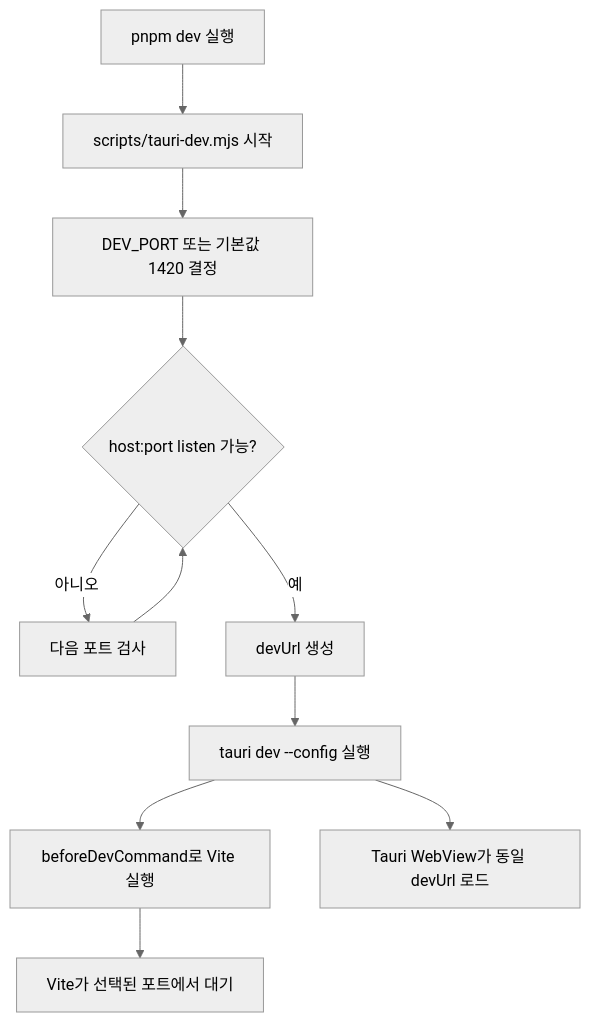
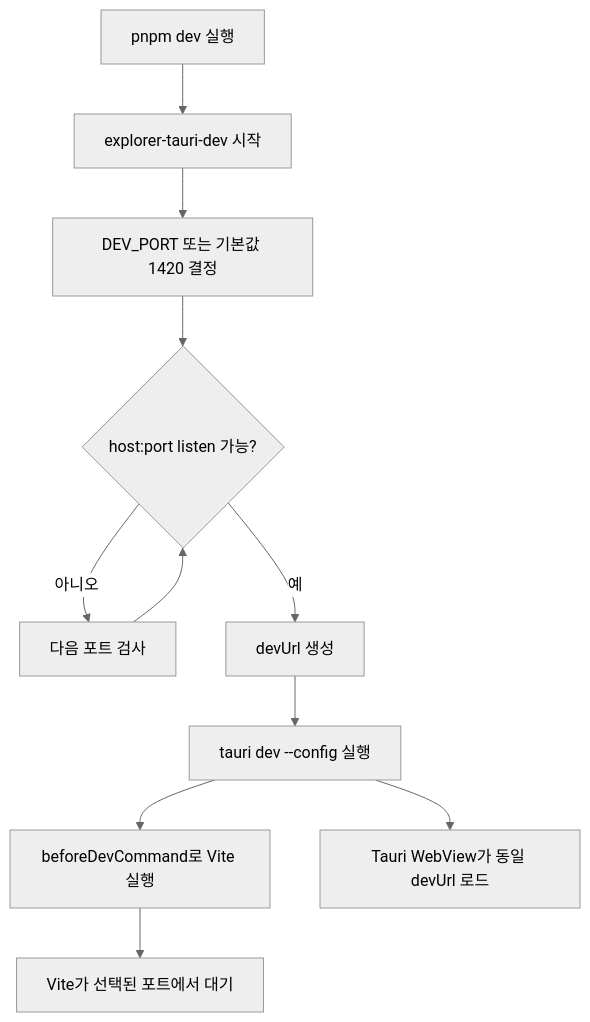
Before and after one commit to yoophi/repo-explorer: the diagram in docs/dynamic-dev-port.md, drawn with Mermaid (neutral theme). The commit also changed other lines of this file and 26 other files, not shown here.

````diff
--- a/docs/dynamic-dev-port.md
+++ b/docs/dynamic-dev-port.md
@@ -26,13 +26,13 @@
 ```mermaid
 flowchart TD
-  A[pnpm dev 실행] --> B[scripts/tauri-dev.mjs 시작]
+  A[pnpm dev 실행] --> B[explorer-tauri-dev 시작]
   B --> C[DEV_PORT 또는 기본값 1420 결정]
   C --> D{host:port listen 가능?}
   D -- 아니오 --> E[다음 포트 검사]
   E --> D
   D -- 예 --> F[devUrl 생성]
   F --> G[tauri dev --config 실행]
   G --> H[beforeDevCommand로 Vite 실행]
   H --> I[Vite가 선택된 포트에서 대기]
   G --> J[Tauri WebView가 동일 devUrl 로드]
 ```
````
